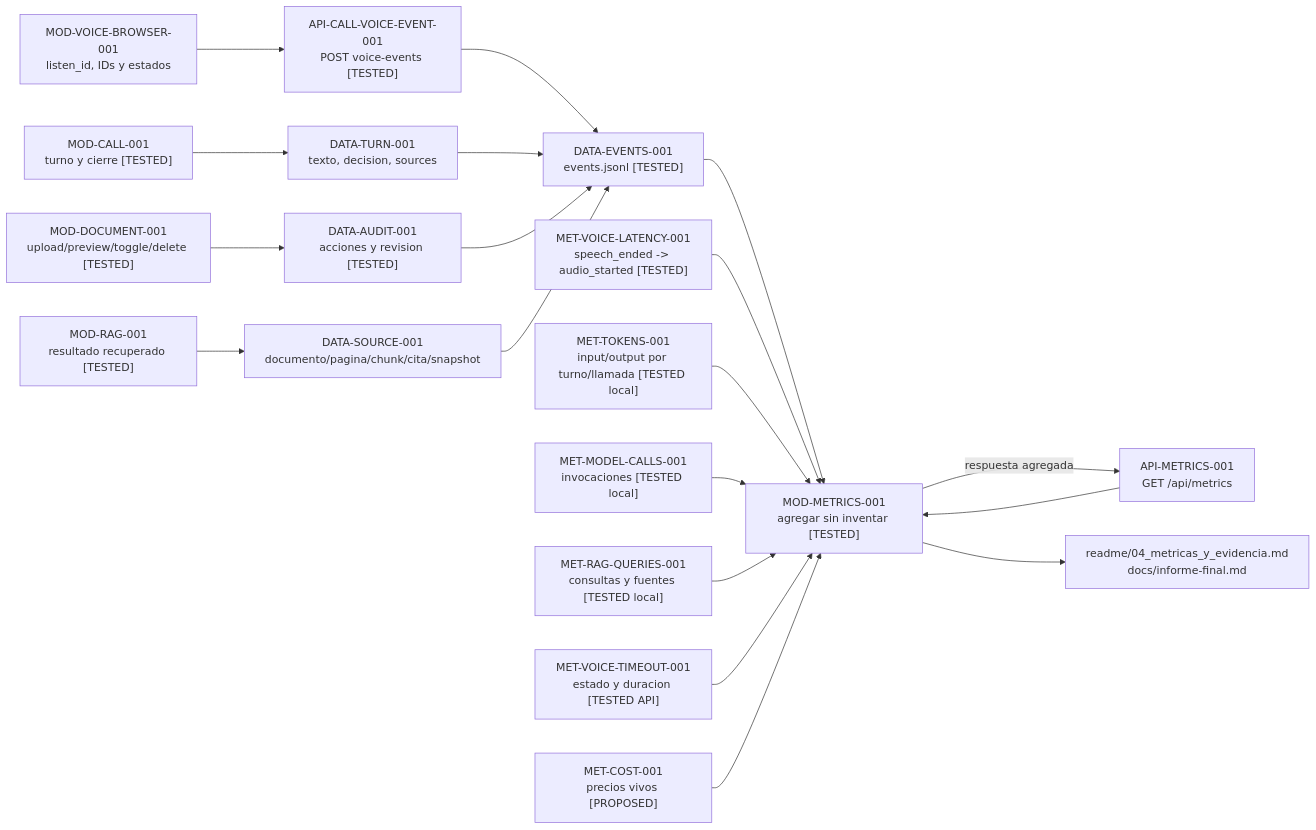
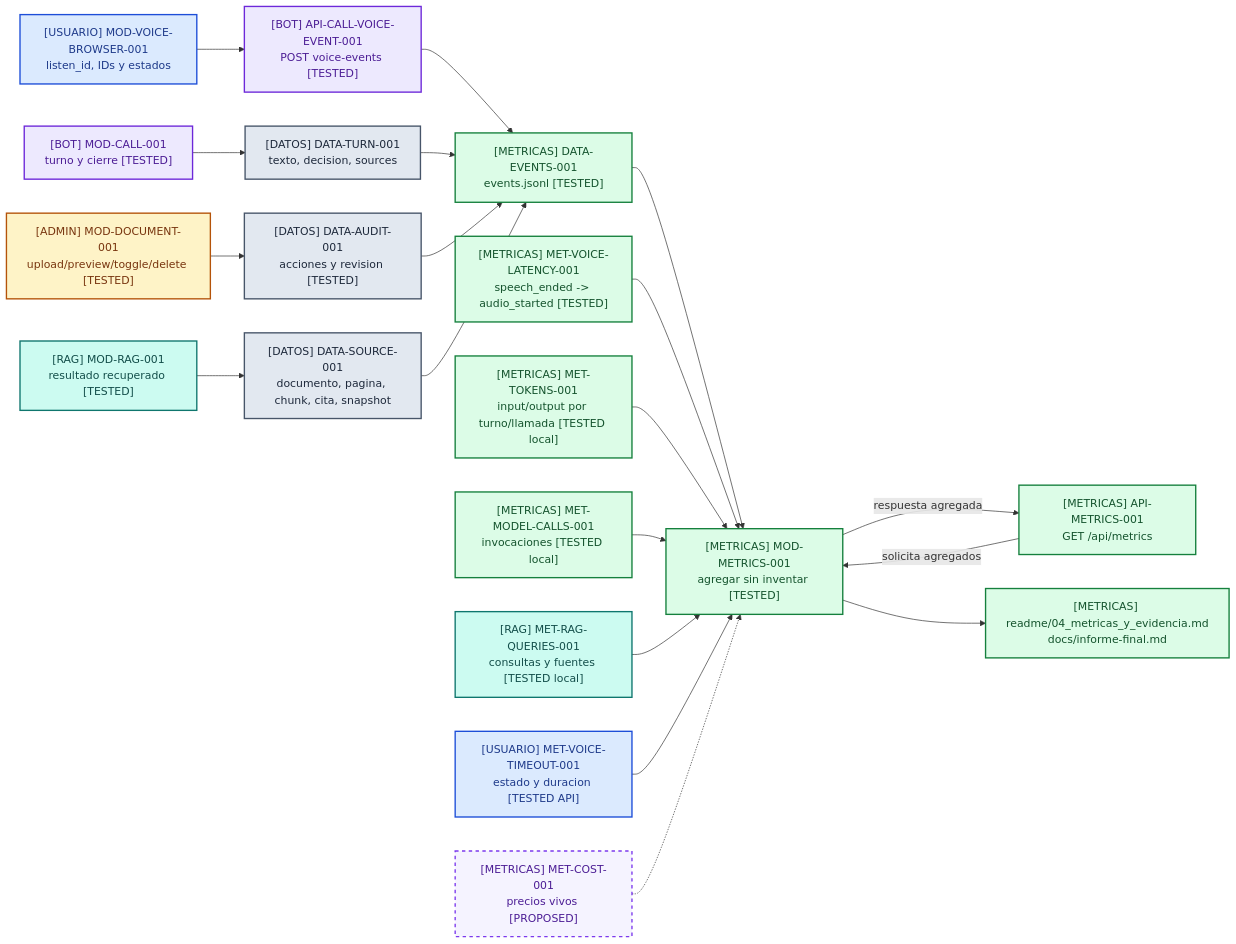
One commit to JhofredCam/TechSphereChallenge changed the eighth of 8 diagrams in specs/06_system_flow_diagram_specification.md. Above: the diagram before and after it, drawn with Mermaid. The commit also changed other lines of this file and 2 other files, not shown here.

Commit message:
docs(architecture): fix and style Mermaid diagrams

````diff
--- a/specs/06_system_flow_diagram_specification.md
+++ b/specs/06_system_flow_diagram_specification.md
@@ -630,22 +726,30 @@
 ```mermaid
 flowchart LR
-    DOC["MOD-DOCUMENT-001<br/>upload/preview/toggle/delete [TESTED]"] --> AUDIT["DATA-AUDIT-001<br/>acciones y revision [TESTED]"]
-    CALL["MOD-CALL-001<br/>turno y cierre [TESTED]"] --> TURN["DATA-TURN-001<br/>texto, decision, sources"]
-    RAG["MOD-RAG-001<br/>resultado recuperado [TESTED]"] --> SOURCE["DATA-SOURCE-001<br/>documento/pagina/chunk/cita/snapshot"]
-    VOICE["MOD-VOICE-BROWSER-001<br/>listen_id, IDs y estados"] --> VOICE_API["API-CALL-VOICE-EVENT-001<br/>POST voice-events [TESTED]"]
-    VOICE_API --> EVENT["DATA-EVENTS-001<br/>events.jsonl [TESTED]"]
+    DOC["[ADMIN] MOD-DOCUMENT-001<br/>upload/preview/toggle/delete [TESTED]"]:::admin --> AUDIT["[DATOS] DATA-AUDIT-001<br/>acciones y revision [TESTED]"]:::data
+    CALL["[BOT] MOD-CALL-001<br/>turno y cierre [TESTED]"]:::bot --> TURN["[DATOS] DATA-TURN-001<br/>texto, decision, sources"]:::data
+    RAG["[RAG] MOD-RAG-001<br/>resultado recuperado [TESTED]"]:::rag --> SOURCE["[DATOS] DATA-SOURCE-001<br/>documento, pagina, chunk, cita, snapshot"]:::data
+    VOICE["[USUARIO] MOD-VOICE-BROWSER-001<br/>listen_id, IDs y estados"]:::actor --> VOICE_API["[BOT] API-CALL-VOICE-EVENT-001<br/>POST voice-events [TESTED]"]:::bot
+    VOICE_API --> EVENT["[METRICAS] DATA-EVENTS-001<br/>events.jsonl [TESTED]"]:::metrics
     TURN --> EVENT
     AUDIT --> EVENT
     SOURCE --> EVENT
-    EVENT --> AGG["MOD-METRICS-001<br/>agregar sin inventar [TESTED]"]
-    API["API-METRICS-001<br/>GET /api/metrics"] --> AGG
+    EVENT --> AGG["[METRICAS] MOD-METRICS-001<br/>agregar sin inventar [TESTED]"]:::metrics
+    API["[METRICAS] API-METRICS-001<br/>GET /api/metrics"]:::metrics -->|"solicita agregados"| AGG
     AGG -->|"respuesta agregada"| API
-    AGG --> REPORT["readme/04_metricas_y_evidencia.md<br/>docs/informe-final.md"]
+    AGG --> REPORT["[METRICAS] readme/04_metricas_y_evidencia.md<br/>docs/informe-final.md"]:::metrics
 
-    LAT["MET-VOICE-LATENCY-001<br/>speech_ended -> audio_started [TESTED]"] --> AGG
-    TOK["MET-TOKENS-001<br/>input/output por turno/llamada [TESTED local]"] --> AGG
-    MC["MET-MODEL-CALLS-001<br/>invocaciones [TESTED local]"] --> AGG
-    RQ["MET-RAG-QUERIES-001<br/>consultas y fuentes [TESTED local]"] --> AGG
-    TO["MET-VOICE-TIMEOUT-001<br/>estado y duracion [TESTED API]"] --> AGG
-    COST["MET-COST-001<br/>precios vivos [PROPOSED]"] --> AGG
+    LAT["[METRICAS] MET-VOICE-LATENCY-001<br/>speech_ended -> audio_started [TESTED]"]:::metrics --> AGG
+    TOK["[METRICAS] MET-TOKENS-001<br/>input/output por turno/llamada [TESTED local]"]:::metrics --> AGG
+    MC["[METRICAS] MET-MODEL-CALLS-001<br/>invocaciones [TESTED local]"]:::metrics --> AGG
+    RQ["[RAG] MET-RAG-QUERIES-001<br/>consultas y fuentes [TESTED local]"]:::rag --> AGG
+    TO["[USUARIO] MET-VOICE-TIMEOUT-001<br/>estado y duracion [TESTED API]"]:::actor --> AGG
+    COST["[METRICAS] MET-COST-001<br/>precios vivos [PROPOSED]"]:::future -.-> AGG
+
+    classDef actor fill:#DBEAFE,stroke:#1D4ED8,color:#1E3A8A,stroke-width:2px;
+    classDef admin fill:#FEF3C7,stroke:#B45309,color:#78350F,stroke-width:2px;
+    classDef bot fill:#EDE9FE,stroke:#6D28D9,color:#4C1D95,stroke-width:2px;
+    classDef rag fill:#CCFBF1,stroke:#0F766E,color:#134E4A,stroke-width:2px;
+    classDef data fill:#E2E8F0,stroke:#475569,color:#1E293B,stroke-width:2px;
+    classDef metrics fill:#DCFCE7,stroke:#15803D,color:#14532D,stroke-width:2px;
+    classDef future fill:#F5F3FF,stroke:#7C3AED,color:#4C1D95,stroke-width:2px,stroke-dasharray:5 5;
 ```
````
